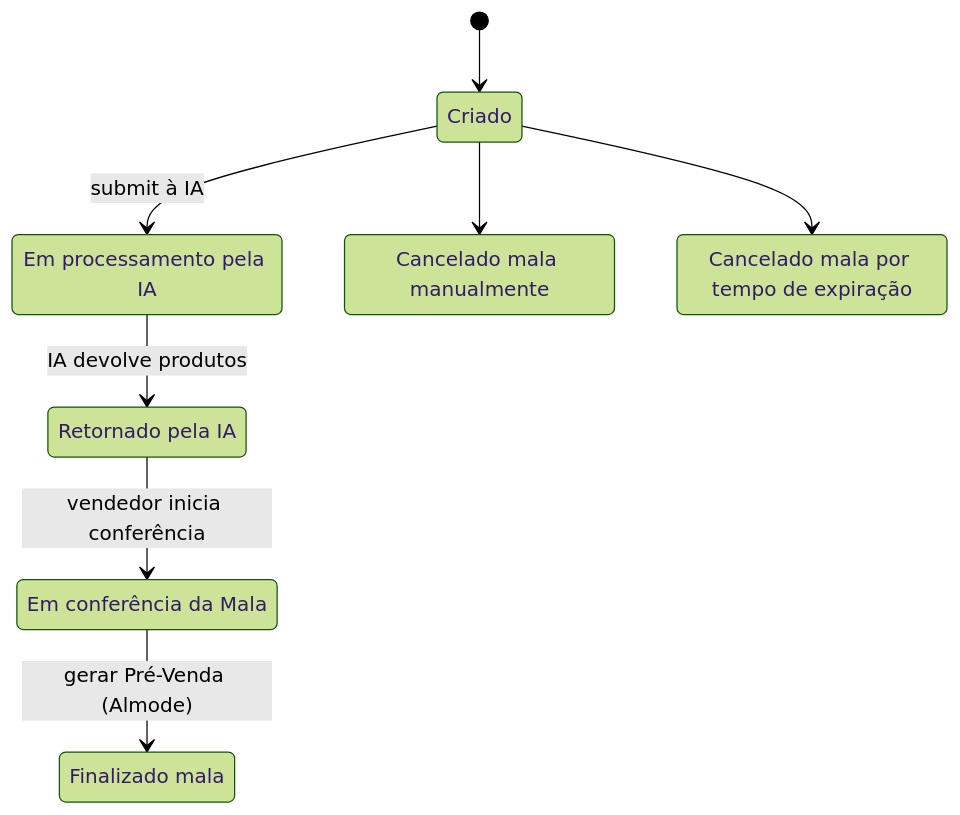
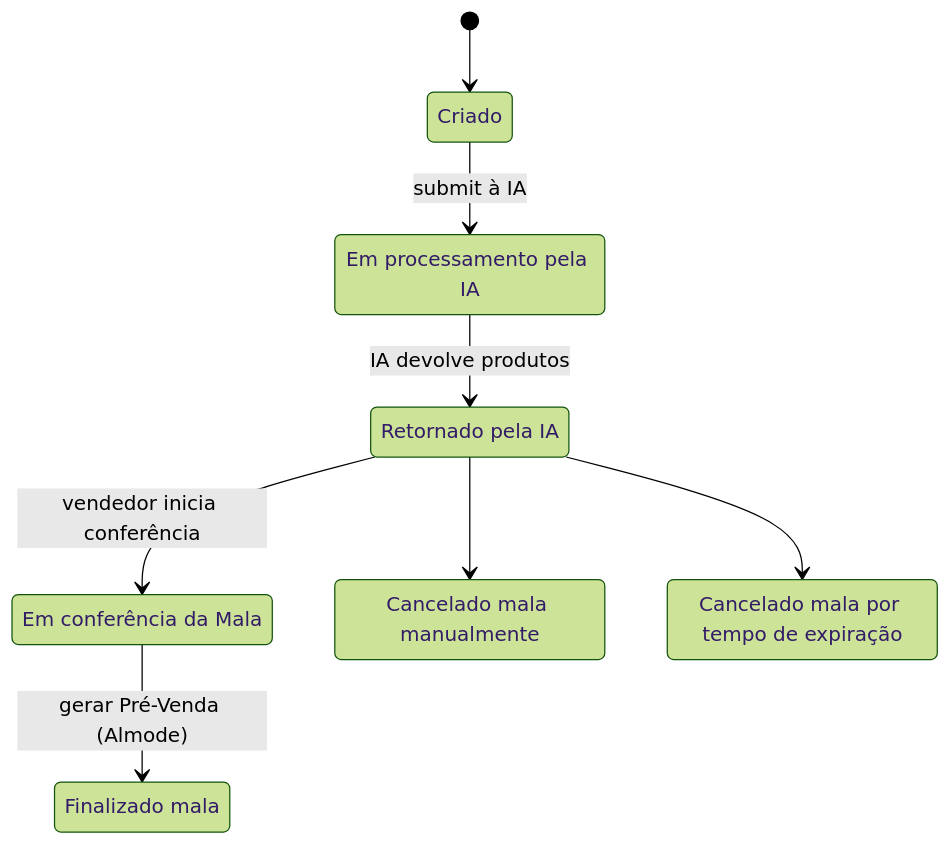
The first of 3 diagrams in api/malinha-sugestao-ia.md (LeonardoNoroWidelab/WD-New-API), drawn with Mermaid (forest theme) before and after one commit. The commit also changed 1 other file, not shown here.

Commit message:
fix: Ajuste no fluxo da mala com diagrama

````diff
--- a/api/malinha-sugestao-ia.md
+++ b/api/malinha-sugestao-ia.md
@@ -134,18 +134,18 @@
 ```mermaid
 stateDiagram-v2
   [*] --> Criado
 
   state "Em processamento pela IA" as ProcIA
   state "Retornado pela IA" as RetIA
   state "Em conferência da Mala" as ConfMala
   state "Finalizado mala" as Finalizado
   state "Cancelado mala manualmente" as CanceladoManual
   state "Cancelado mala por tempo de expiração" as CanceladoExp
 
   Criado --> ProcIA : submit à IA
   ProcIA --> RetIA : IA devolve produtos
   RetIA --> ConfMala : vendedor inicia conferência
   ConfMala --> Finalizado : gerar Pré-Venda (Almode)
-  Criado --> CanceladoManual
-  Criado --> CanceladoExp
+  RetIA --> CanceladoManual
+  RetIA --> CanceladoExp
 ```
````
